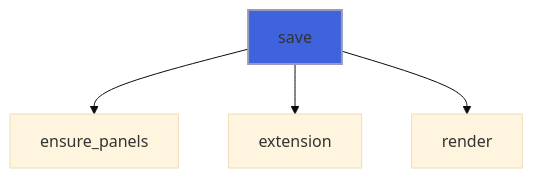
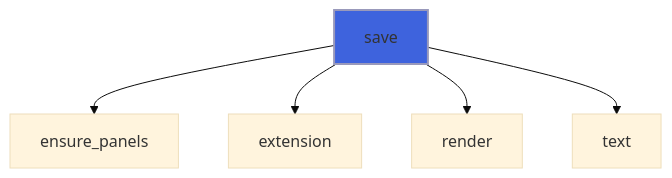
One commit to szaghi/foresight changed the sixth of 35 diagrams in docs/api/src/lib/foresight_figure.md. Above: the diagram before and after it, drawn with Mermaid (base theme). The commit also changed other lines of this file and 97 other files, not shown here.

````diff
--- a/docs/api/src/lib/foresight_figure.md
+++ b/docs/api/src/lib/foresight_figure.md
@@ -262,7 +282,8 @@
 ```mermaid
 flowchart TD
   save["save"] --> ensure_panels["ensure_panels"]
   save["save"] --> extension["extension"]
   save["save"] --> render["render"]
+  save["save"] --> text["text"]
   style save fill:#3e63dd,stroke:#99b,stroke-width:2px
 ```
````
